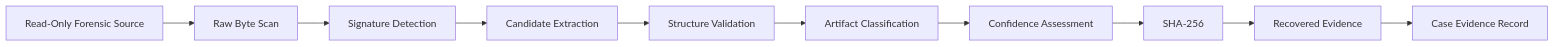
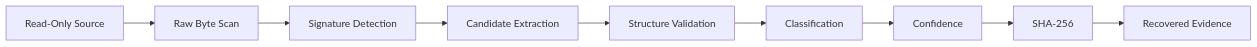
Before and after one commit to Yemireddy-Pragnavi/Re-Trace: the third of 7 diagrams in README.md, drawn with Mermaid. The commit also changed other lines of this file, not shown here.

````diff
--- a/README.md
+++ b/README.md
@@ -426,30 +211,20 @@
 ```mermaid
 flowchart LR
 
-    SRC["Read-Only Forensic Source"]
-        --> RAW["Raw Byte Scan"]
+    SRC["Read-Only Source"]
+      --> RAW["Raw Byte Scan"]
 
-    RAW
-        --> SIGNATURE["Signature Detection"]
+    RAW --> SIG["Signature Detection"]
 
-    SIGNATURE
-        --> CANDIDATE["Candidate Extraction"]
+    SIG --> EXTRACT["Candidate Extraction"]
 
-    CANDIDATE
-        --> STRUCTURE["Structure Validation"]
+    EXTRACT --> STRUCT["Structure Validation"]
 
-    STRUCTURE
-        --> CLASSIFY["Artifact Classification"]
+    STRUCT --> CLASS["Classification"]
 
-    CLASSIFY
-        --> SCORE["Confidence Assessment"]
+    CLASS --> CONF["Confidence"]
 
-    SCORE
-        --> HASH["SHA-256"]
+    CONF --> SHA["SHA-256"]
 
-    HASH
-        --> EVIDENCE["Recovered Evidence"]
-
-    EVIDENCE
-        --> RECORD["Case Evidence Record"]
+    SHA --> OUT["Recovered Evidence"]
 ```
````
